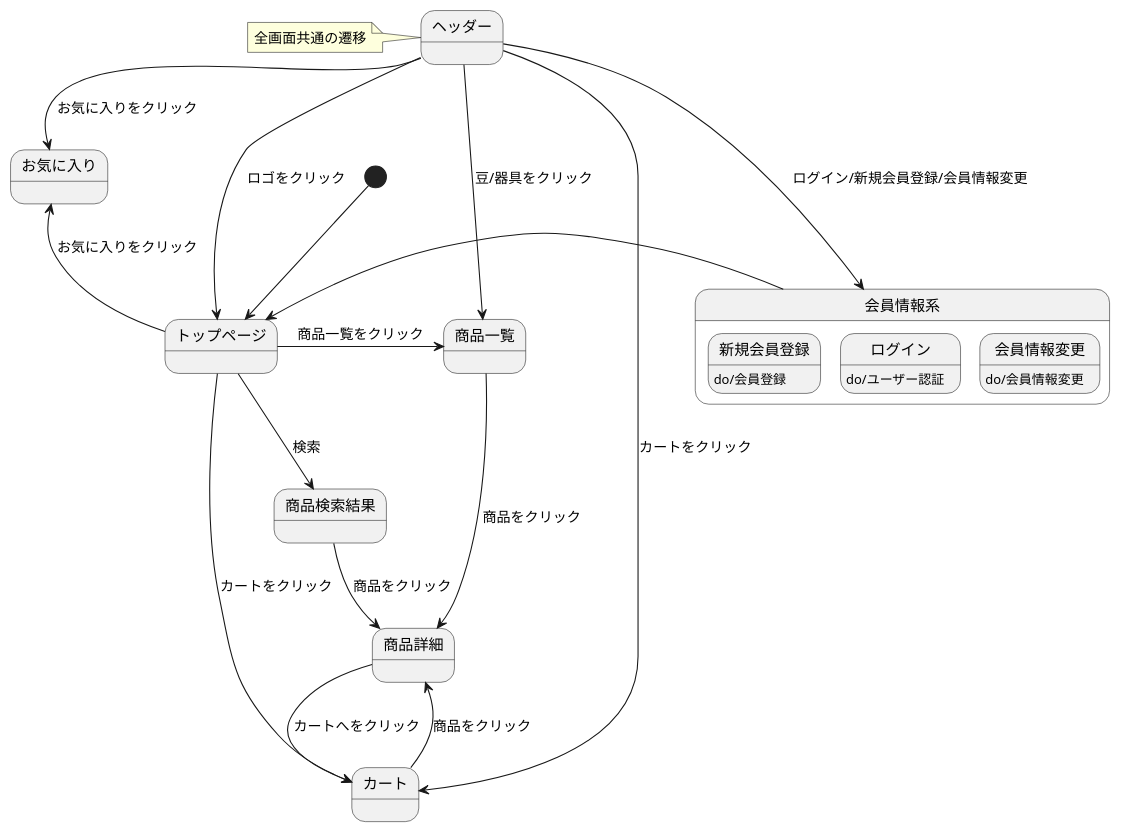
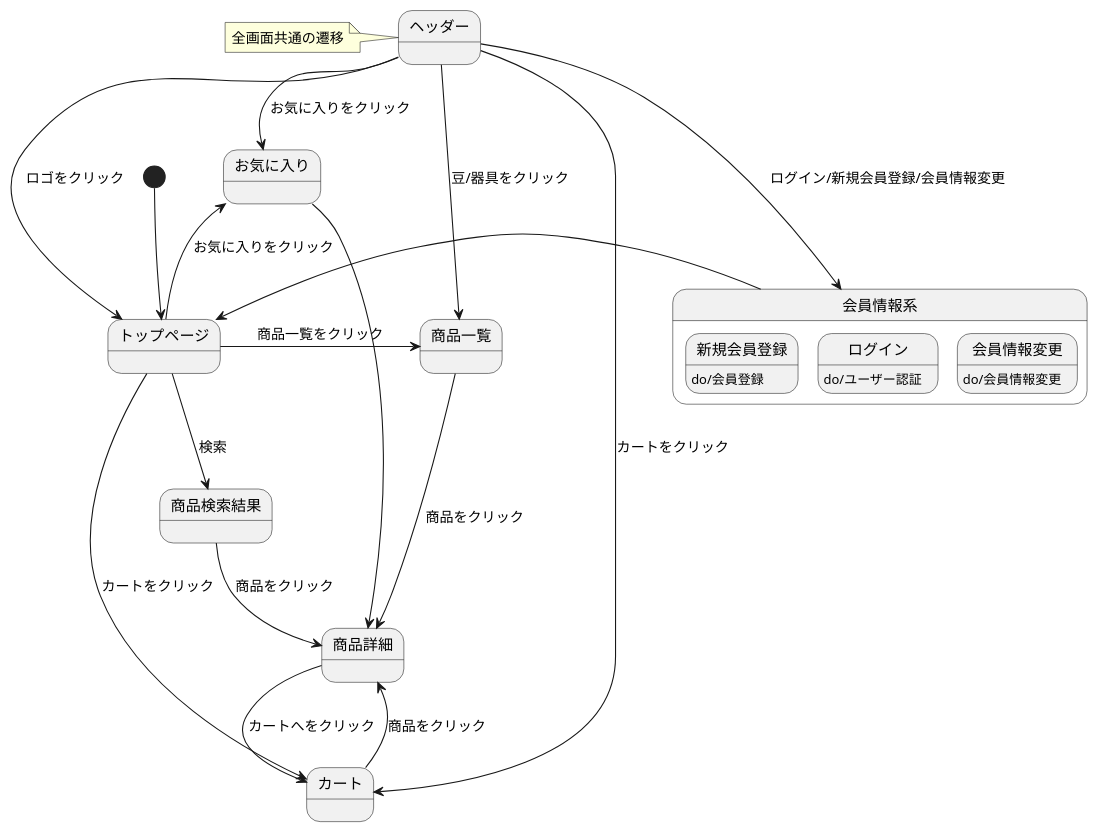
One commit to Aso2101122/coffeeEC changed the diagram in 03_画面遷移図/stm_03.md. Above: the diagram before and after it, drawn with PlantUML.

````diff
--- a/03_画面遷移図/stm_03.md
+++ b/03_画面遷移図/stm_03.md
@@ -2,31 +2,32 @@
 ```uml
 @startuml
 [*]-down->トップページ
 トップページ-->商品検索結果: 検索
 トップページ-right->商品一覧: 商品一覧をクリック
 商品一覧->商品詳細: 商品をクリック
 商品検索結果-down->商品詳細: 商品をクリック
 商品詳細-->カート: カートへをクリック
 トップページ--up>お気に入り: お気に入りをクリック
+お気に入り-down->商品詳細
 トップページ-->カート: カートをクリック
 カート->商品詳細: 商品をクリック
 
 state ヘッダー{
 }
 note left of ヘッダー: 全画面共通の遷移
 
 
 ヘッダー-down->トップページ: ロゴをクリック
 ヘッダー-down->商品一覧: 豆/器具をクリック
 ヘッダー-down->会員情報系: ログイン/新規会員登録/会員情報変更
 ヘッダー-down->お気に入り: お気に入りをクリック
 ヘッダー-down->カート: カートをクリック
 
 state 会員情報系{
 新規会員登録 : do/会員登録
 ログイン : do/ユーザー認証
 会員情報変更 : do/会員情報変更
 }
 会員情報系-left->トップページ
 @enduml
 ```
````
